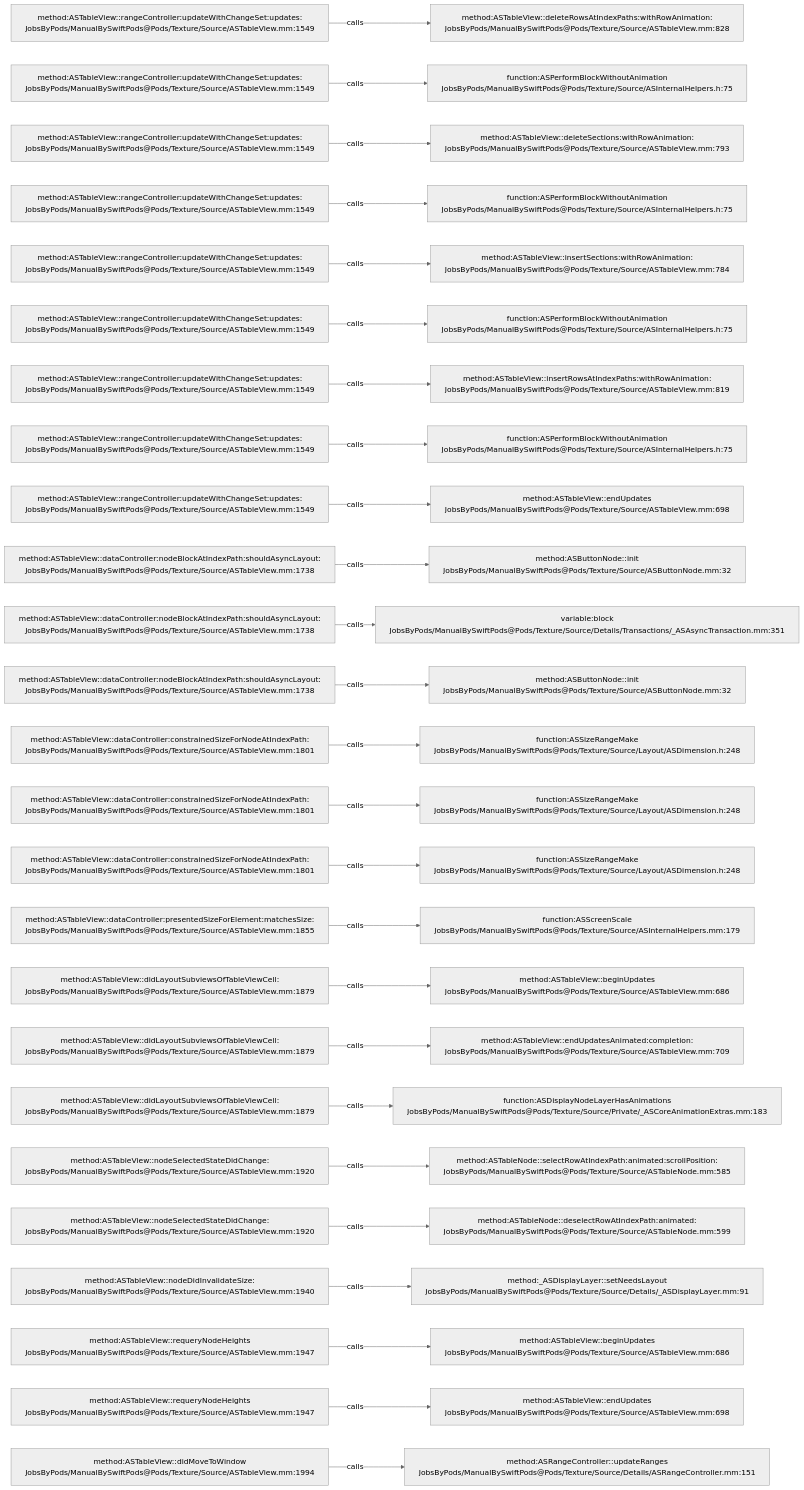
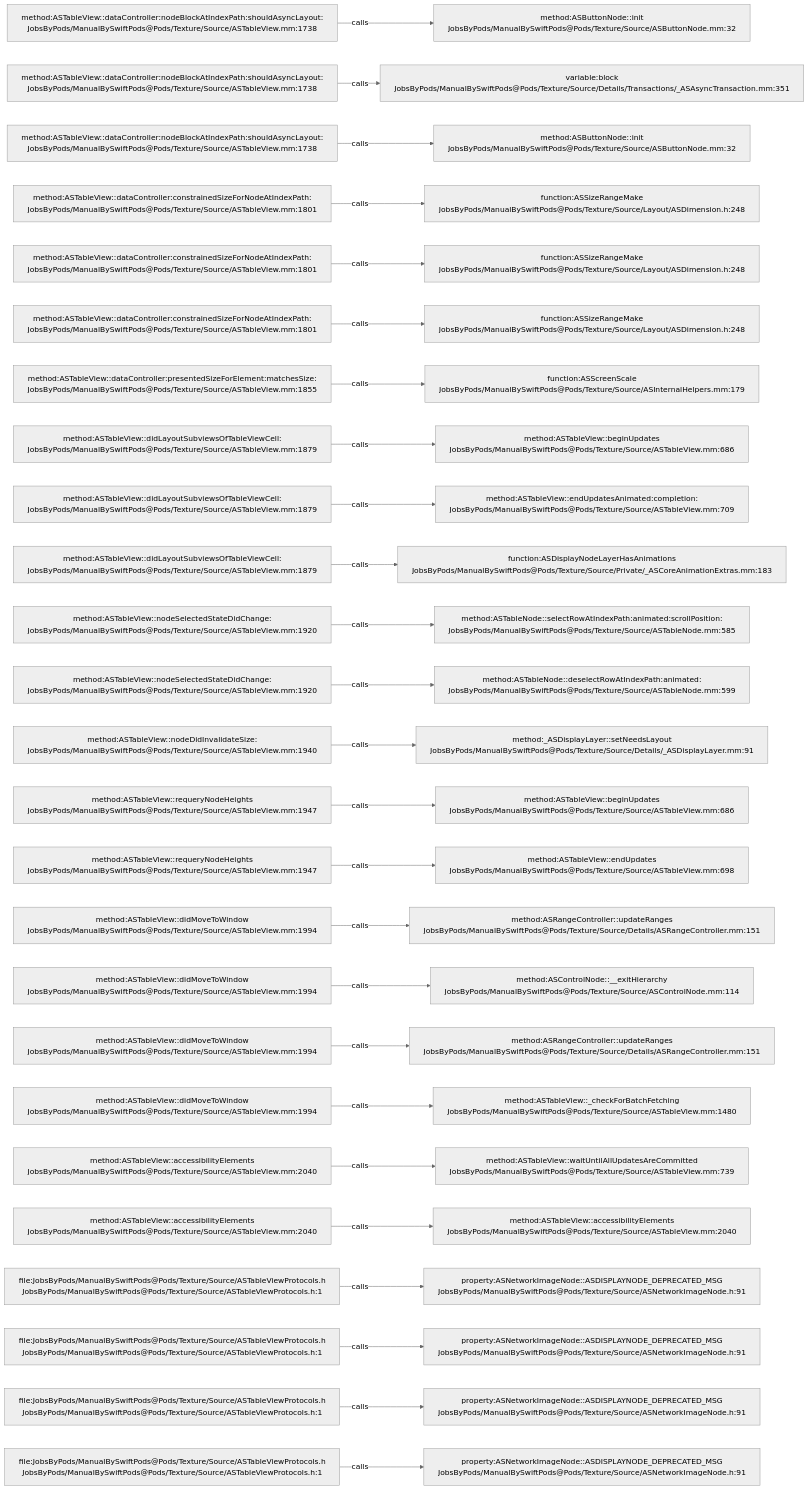
One commit to JobsKits/JobsSwiftBaseConfigDemo changed the diagram in .codegraph/codegraph.md/graphs/calls-063.md. Above: the diagram before and after it, drawn with Mermaid (neutral theme). The commit also changed 707 other files, not shown here.

````diff
--- a/.codegraph/codegraph.md/graphs/calls-063.md
+++ b/.codegraph/codegraph.md/graphs/calls-063.md
@@ -13,78 +13,78 @@
 ```mermaid
 flowchart LR
-  S1["method:ASTableView::rangeController:updateWithChangeSet:updates:<br/>JobsByPods/ManualBySwiftPods@Pods/Texture/Source/ASTableView.mm:1549"]
-  T1["method:ASTableView::deleteRowsAtIndexPaths:withRowAnimation:<br/>JobsByPods/ManualBySwiftPods@Pods/Texture/Source/ASTableView.mm:828"]
+  S1["method:ASTableView::dataController:nodeBlockAtIndexPath:shouldAsyncLayout:<br/>JobsByPods/ManualBySwiftPods@Pods/Texture/Source/ASTableView.mm:1738"]
+  T1["method:ASButtonNode::init<br/>JobsByPods/ManualBySwiftPods@Pods/Texture/Source/ASButtonNode.mm:32"]
   S1 -->|calls| T1
-  S2["method:ASTableView::rangeController:updateWithChangeSet:updates:<br/>JobsByPods/ManualBySwiftPods@Pods/Texture/Source/ASTableView.mm:1549"]
-  T2["function:ASPerformBlockWithoutAnimation<br/>JobsByPods/ManualBySwiftPods@Pods/Texture/Source/ASInternalHelpers.h:75"]
+  S2["method:ASTableView::dataController:nodeBlockAtIndexPath:shouldAsyncLayout:<br/>JobsByPods/ManualBySwiftPods@Pods/Texture/Source/ASTableView.mm:1738"]
+  T2["variable:block<br/>JobsByPods/ManualBySwiftPods@Pods/Texture/Source/Details/Transactions/_ASAsyncTransaction.mm:351"]
   S2 -->|calls| T2
-  S3["method:ASTableView::rangeController:updateWithChangeSet:updates:<br/>JobsByPods/ManualBySwiftPods@Pods/Texture/Source/ASTableView.mm:1549"]
-  T3["method:ASTableView::deleteSections:withRowAnimation:<br/>JobsByPods/ManualBySwiftPods@Pods/Texture/Source/ASTableView.mm:793"]
+  S3["method:ASTableView::dataController:nodeBlockAtIndexPath:shouldAsyncLayout:<br/>JobsByPods/ManualBySwiftPods@Pods/Texture/Source/ASTableView.mm:1738"]
+  T3["method:ASButtonNode::init<br/>JobsByPods/ManualBySwiftPods@Pods/Texture/Source/ASButtonNode.mm:32"]
   S3 -->|calls| T3
-  S4["method:ASTableView::rangeController:updateWithChangeSet:updates:<br/>JobsByPods/ManualBySwiftPods@Pods/Texture/Source/ASTableView.mm:1549"]
-  T4["function:ASPerformBlockWithoutAnimation<br/>JobsByPods/ManualBySwiftPods@Pods/Texture/Source/ASInternalHelpers.h:75"]
+  S4["method:ASTableView::dataController:constrainedSizeForNodeAtIndexPath:<br/>JobsByPods/ManualBySwiftPods@Pods/Texture/Source/ASTableView.mm:1801"]
+  T4["function:ASSizeRangeMake<br/>JobsByPods/ManualBySwiftPods@Pods/Texture/Source/Layout/ASDimension.h:248"]
   S4 -->|calls| T4
-  S5["method:ASTableView::rangeController:updateWithChangeSet:updates:<br/>JobsByPods/ManualBySwiftPods@Pods/Texture/Source/ASTableView.mm:1549"]
-  T5["method:ASTableView::insertSections:withRowAnimation:<br/>JobsByPods/ManualBySwiftPods@Pods/Texture/Source/ASTableView.mm:784"]
+  S5["method:ASTableView::dataController:constrainedSizeForNodeAtIndexPath:<br/>JobsByPods/ManualBySwiftPods@Pods/Texture/Source/ASTableView.mm:1801"]
+  T5["function:ASSizeRangeMake<br/>JobsByPods/ManualBySwiftPods@Pods/Texture/Source/Layout/ASDimension.h:248"]
   S5 -->|calls| T5
-  S6["method:ASTableView::rangeController:updateWithChangeSet:updates:<br/>JobsByPods/ManualBySwiftPods@Pods/Texture/Source/ASTableView.mm:1549"]
-  T6["function:ASPerformBlockWithoutAnimation<br/>JobsByPods/ManualBySwiftPods@Pods/Texture/Source/ASInternalHelpers.h:75"]
+  S6["method:ASTableView::dataController:constrainedSizeForNodeAtIndexPath:<br/>JobsByPods/ManualBySwiftPods@Pods/Texture/Source/ASTableView.mm:1801"]
+  T6["function:ASSizeRangeMake<br/>JobsByPods/ManualBySwiftPods@Pods/Texture/Source/Layout/ASDimension.h:248"]
   S6 -->|calls| T6
-  S7["method:ASTableView::rangeController:updateWithChangeSet:updates:<br/>JobsByPods/ManualBySwiftPods@Pods/Texture/Source/ASTableView.mm:1549"]
-  T7["method:ASTableView::insertRowsAtIndexPaths:withRowAnimation:<br/>JobsByPods/ManualBySwiftPods@Pods/Texture/Source/ASTableView.mm:819"]
+  S7["method:ASTableView::dataController:presentedSizeForElement:matchesSize:<br/>JobsByPods/ManualBySwiftPods@Pods/Texture/Source/ASTableView.mm:1855"]
+  T7["function:ASScreenScale<br/>JobsByPods/ManualBySwiftPods@Pods/Texture/Source/ASInternalHelpers.mm:179"]
   S7 -->|calls| T7
-  S8["method:ASTableView::rangeController:updateWithChangeSet:updates:<br/>JobsByPods/ManualBySwiftPods@Pods/Texture/Source/ASTableView.mm:1549"]
-  T8["function:ASPerformBlockWithoutAnimation<br/>JobsByPods/ManualBySwiftPods@Pods/Texture/Source/ASInternalHelpers.h:75"]
+  S8["method:ASTableView::didLayoutSubviewsOfTableViewCell:<br/>JobsByPods/ManualBySwiftPods@Pods/Texture/Source/ASTableView.mm:1879"]
+  T8["method:ASTableView::beginUpdates<br/>JobsByPods/ManualBySwiftPods@Pods/Texture/Source/ASTableView.mm:686"]
   S8 -->|calls| T8
-  S9["method:ASTableView::rangeController:updateWithChangeSet:updates:<br/>JobsByPods/ManualBySwiftPods@Pods/Texture/Source/ASTableView.mm:1549"]
-  T9["method:ASTableView::endUpdates<br/>JobsByPods/ManualBySwiftPods@Pods/Texture/Source/ASTableView.mm:698"]
+  S9["method:ASTableView::didLayoutSubviewsOfTableViewCell:<br/>JobsByPods/ManualBySwiftPods@Pods/Texture/Source/ASTableView.mm:1879"]
+  T9["method:ASTableView::endUpdatesAnimated:completion:<br/>JobsByPods/ManualBySwiftPods@Pods/Texture/Source/ASTableView.mm:709"]
   S9 -->|calls| T9
-  S10["method:ASTableView::dataController:nodeBlockAtIndexPath:shouldAsyncLayout:<br/>JobsByPods/ManualBySwiftPods@Pods/Texture/Source/ASTableView.mm:1738"]
-  T10["method:ASButtonNode::init<br/>JobsByPods/ManualBySwiftPods@Pods/Texture/Source/ASButtonNode.mm:32"]
+  S10["method:ASTableView::didLayoutSubviewsOfTableViewCell:<br/>JobsByPods/ManualBySwiftPods@Pods/Texture/Source/ASTableView.mm:1879"]
+  T10["function:ASDisplayNodeLayerHasAnimations<br/>JobsByPods/ManualBySwiftPods@Pods/Texture/Source/Private/_ASCoreAnimationExtras.mm:183"]
   S10 -->|calls| T10
-  S11["method:ASTableView::dataController:nodeBlockAtIndexPath:shouldAsyncLayout:<br/>JobsByPods/ManualBySwiftPods@Pods/Texture/Source/ASTableView.mm:1738"]
-  T11["variable:block<br/>JobsByPods/ManualBySwiftPods@Pods/Texture/Source/Details/Transactions/_ASAsyncTransaction.mm:351"]
+  S11["method:ASTableView::nodeSelectedStateDidChange:<br/>JobsByPods/ManualBySwiftPods@Pods/Texture/Source/ASTableView.mm:1920"]
+  T11["method:ASTableNode::selectRowAtIndexPath:animated:scrollPosition:<br/>JobsByPods/ManualBySwiftPods@Pods/Texture/Source/ASTableNode.mm:585"]
   S11 -->|calls| T11
-  S12["method:ASTableView::dataController:nodeBlockAtIndexPath:shouldAsyncLayout:<br/>JobsByPods/ManualBySwiftPods@Pods/Texture/Source/ASTableView.mm:1738"]
-  T12["method:ASButtonNode::init<br/>JobsByPods/ManualBySwiftPods@Pods/Texture/Source/ASButtonNode.mm:32"]
+  S12["method:ASTableView::nodeSelectedStateDidChange:<br/>JobsByPods/ManualBySwiftPods@Pods/Texture/Source/ASTableView.mm:1920"]
+  T12["method:ASTableNode::deselectRowAtIndexPath:animated:<br/>JobsByPods/ManualBySwiftPods@Pods/Texture/Source/ASTableNode.mm:599"]
   S12 -->|calls| T12
-  S13["method:ASTableView::dataController:constrainedSizeForNodeAtIndexPath:<br/>JobsByPods/ManualBySwiftPods@Pods/Texture/Source/ASTableView.mm:1801"]
-  T13["function:ASSizeRangeMake<br/>JobsByPods/ManualBySwiftPods@Pods/Texture/Source/Layout/ASDimension.h:248"]
+  S13["method:ASTableView::nodeDidInvalidateSize:<br/>JobsByPods/ManualBySwiftPods@Pods/Texture/Source/ASTableView.mm:1940"]
+  T13["method:_ASDisplayLayer::setNeedsLayout<br/>JobsByPods/ManualBySwiftPods@Pods/Texture/Source/Details/_ASDisplayLayer.mm:91"]
   S13 -->|calls| T13
-  S14["method:ASTableView::dataController:constrainedSizeForNodeAtIndexPath:<br/>JobsByPods/ManualBySwiftPods@Pods/Texture/Source/ASTableView.mm:1801"]
-  T14["function:ASSizeRangeMake<br/>JobsByPods/ManualBySwiftPods@Pods/Texture/Source/Layout/ASDimension.h:248"]
+  S14["method:ASTableView::requeryNodeHeights<br/>JobsByPods/ManualBySwiftPods@Pods/Texture/Source/ASTableView.mm:1947"]
+  T14["method:ASTableView::beginUpdates<br/>JobsByPods/ManualBySwiftPods@Pods/Texture/Source/ASTableView.mm:686"]
   S14 -->|calls| T14
-  S15["method:ASTableView::dataController:constrainedSizeForNodeAtIndexPath:<br/>JobsByPods/ManualBySwiftPods@Pods/Texture/Source/ASTableView.mm:1801"]
-  T15["function:ASSizeRangeMake<br/>JobsByPods/ManualBySwiftPods@Pods/Texture/Source/Layout/ASDimension.h:248"]
+  S15["method:ASTableView::requeryNodeHeights<br/>JobsByPods/ManualBySwiftPods@Pods/Texture/Source/ASTableView.mm:1947"]
+  T15["method:ASTableView::endUpdates<br/>JobsByPods/ManualBySwiftPods@Pods/Texture/Source/ASTableView.mm:698"]
   S15 -->|calls| T15
-  S16["method:ASTableView::dataController:presentedSizeForElement:matchesSize:<br/>JobsByPods/ManualBySwiftPods@Pods/Texture/Source/ASTableView.mm:1855"]
-  T16["function:ASScreenScale<br/>JobsByPods/ManualBySwiftPods@Pods/Texture/Source/ASInternalHelpers.mm:179"]
+  S16["method:ASTableView::didMoveToWindow<br/>JobsByPods/ManualBySwiftPods@Pods/Texture/Source/ASTableView.mm:1994"]
+  T16["method:ASRangeController::updateRanges<br/>JobsByPods/ManualBySwiftPods@Pods/Texture/Source/Details/ASRangeController.mm:151"]
   S16 -->|calls| T16
-  S17["method:ASTableView::didLayoutSubviewsOfTableViewCell:<br/>JobsByPods/ManualBySwiftPods@Pods/Texture/Source/ASTableView.mm:1879"]
-  T17["method:ASTableView::beginUpdates<br/>JobsByPods/ManualBySwiftPods@Pods/Texture/Source/ASTableView.mm:686"]
+  S17["method:ASTableView::didMoveToWindow<br/>JobsByPods/ManualBySwiftPods@Pods/Texture/Source/ASTableView.mm:1994"]
+  T17["method:ASControlNode::__exitHierarchy<br/>JobsByPods/ManualBySwiftPods@Pods/Texture/Source/ASControlNode.mm:114"]
   S17 -->|calls| T17
-  S18["method:ASTableView::didLayoutSubviewsOfTableViewCell:<br/>JobsByPods/ManualBySwiftPods@Pods/Texture/Source/ASTableView.mm:1879"]
-  T18["method:ASTableView::endUpdatesAnimated:completion:<br/>JobsByPods/ManualBySwiftPods@Pods/Texture/Source/ASTableView.mm:709"]
+  S18["method:ASTableView::didMoveToWindow<br/>JobsByPods/ManualBySwiftPods@Pods/Texture/Source/ASTableView.mm:1994"]
+  T18["method:ASRangeController::updateRanges<br/>JobsByPods/ManualBySwiftPods@Pods/Texture/Source/Details/ASRangeController.mm:151"]
   S18 -->|calls| T18
-  S19["method:ASTableView::didLayoutSubviewsOfTableViewCell:<br/>JobsByPods/ManualBySwiftPods@Pods/Texture/Source/ASTableView.mm:1879"]
-  T19["function:ASDisplayNodeLayerHasAnimations<br/>JobsByPods/ManualBySwiftPods@Pods/Texture/Source/Private/_ASCoreAnimationExtras.mm:183"]
+  S19["method:ASTableView::didMoveToWindow<br/>JobsByPods/ManualBySwiftPods@Pods/Texture/Source/ASTableView.mm:1994"]
+  T19["method:ASTableView::_checkForBatchFetching<br/>JobsByPods/ManualBySwiftPods@Pods/Texture/Source/ASTableView.mm:1480"]
   S19 -->|calls| T19
-  S20["method:ASTableView::nodeSelectedStateDidChange:<br/>JobsByPods/ManualBySwiftPods@Pods/Texture/Source/ASTableView.mm:1920"]
-  T20["method:ASTableNode::selectRowAtIndexPath:animated:scrollPosition:<br/>JobsByPods/ManualBySwiftPods@Pods/Texture/Source/ASTableNode.mm:585"]
+  S20["method:ASTableView::accessibilityElements<br/>JobsByPods/ManualBySwiftPods@Pods/Texture/Source/ASTableView.mm:2040"]
+  T20["method:ASTableView::waitUntilAllUpdatesAreCommitted<br/>JobsByPods/ManualBySwiftPods@Pods/Texture/Source/ASTableView.mm:739"]
   S20 -->|calls| T20
-  S21["method:ASTableView::nodeSelectedStateDidChange:<br/>JobsByPods/ManualBySwiftPods@Pods/Texture/Source/ASTableView.mm:1920"]
-  T21["method:ASTableNode::deselectRowAtIndexPath:animated:<br/>JobsByPods/ManualBySwiftPods@Pods/Texture/Source/ASTableNode.mm:599"]
+  S21["method:ASTableView::accessibilityElements<br/>JobsByPods/ManualBySwiftPods@Pods/Texture/Source/ASTableView.mm:2040"]
+  T21["method:ASTableView::accessibilityElements<br/>JobsByPods/ManualBySwiftPods@Pods/Texture/Source/ASTableView.mm:2040"]
   S21 -->|calls| T21
-  S22["method:ASTableView::nodeDidInvalidateSize:<br/>JobsByPods/ManualBySwiftPods@Pods/Texture/Source/ASTableView.mm:1940"]
-  T22["method:_ASDisplayLayer::setNeedsLayout<br/>JobsByPods/ManualBySwiftPods@Pods/Texture/Source/Details/_ASDisplayLayer.mm:91"]
+  S22["file:JobsByPods/ManualBySwiftPods@Pods/Texture/Source/ASTableViewProtocols.h<br/>JobsByPods/ManualBySwiftPods@Pods/Texture/Source/ASTableViewProtocols.h:1"]
+  T22["property:ASNetworkImageNode::ASDISPLAYNODE_DEPRECATED_MSG<br/>JobsByPods/ManualBySwiftPods@Pods/Texture/Source/ASNetworkImageNode.h:91"]
   S22 -->|calls| T22
-  S23["method:ASTableView::requeryNodeHeights<br/>JobsByPods/ManualBySwiftPods@Pods/Texture/Source/ASTableView.mm:1947"]
-  T23["method:ASTableView::beginUpdates<br/>JobsByPods/ManualBySwiftPods@Pods/Texture/Source/ASTableView.mm:686"]
+  S23["file:JobsByPods/ManualBySwiftPods@Pods/Texture/Source/ASTableViewProtocols.h<br/>JobsByPods/ManualBySwiftPods@Pods/Texture/Source/ASTableViewProtocols.h:1"]
+  T23["property:ASNetworkImageNode::ASDISPLAYNODE_DEPRECATED_MSG<br/>JobsByPods/ManualBySwiftPods@Pods/Texture/Source/ASNetworkImageNode.h:91"]
   S23 -->|calls| T23
-  S24["method:ASTableView::requeryNodeHeights<br/>JobsByPods/ManualBySwiftPods@Pods/Texture/Source/ASTableView.mm:1947"]
-  T24["method:ASTableView::endUpdates<br/>JobsByPods/ManualBySwiftPods@Pods/Texture/Source/ASTableView.mm:698"]
+  S24["file:JobsByPods/ManualBySwiftPods@Pods/Texture/Source/ASTableViewProtocols.h<br/>JobsByPods/ManualBySwiftPods@Pods/Texture/Source/ASTableViewProtocols.h:1"]
+  T24["property:ASNetworkImageNode::ASDISPLAYNODE_DEPRECATED_MSG<br/>JobsByPods/ManualBySwiftPods@Pods/Texture/Source/ASNetworkImageNode.h:91"]
   S24 -->|calls| T24
-  S25["method:ASTableView::didMoveToWindow<br/>JobsByPods/ManualBySwiftPods@Pods/Texture/Source/ASTableView.mm:1994"]
-  T25["method:ASRangeController::updateRanges<br/>JobsByPods/ManualBySwiftPods@Pods/Texture/Source/Details/ASRangeController.mm:151"]
+  S25["file:JobsByPods/ManualBySwiftPods@Pods/Texture/Source/ASTableViewProtocols.h<br/>JobsByPods/ManualBySwiftPods@Pods/Texture/Source/ASTableViewProtocols.h:1"]
+  T25["property:ASNetworkImageNode::ASDISPLAYNODE_DEPRECATED_MSG<br/>JobsByPods/ManualBySwiftPods@Pods/Texture/Source/ASNetworkImageNode.h:91"]
   S25 -->|calls| T25
 ```
````
